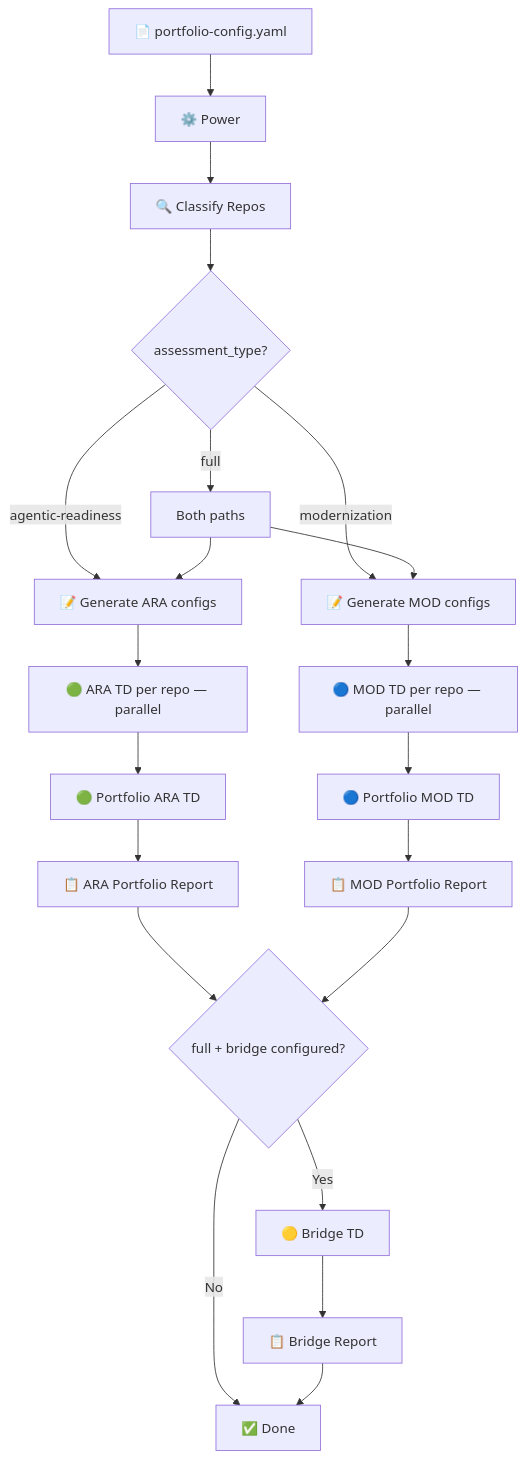
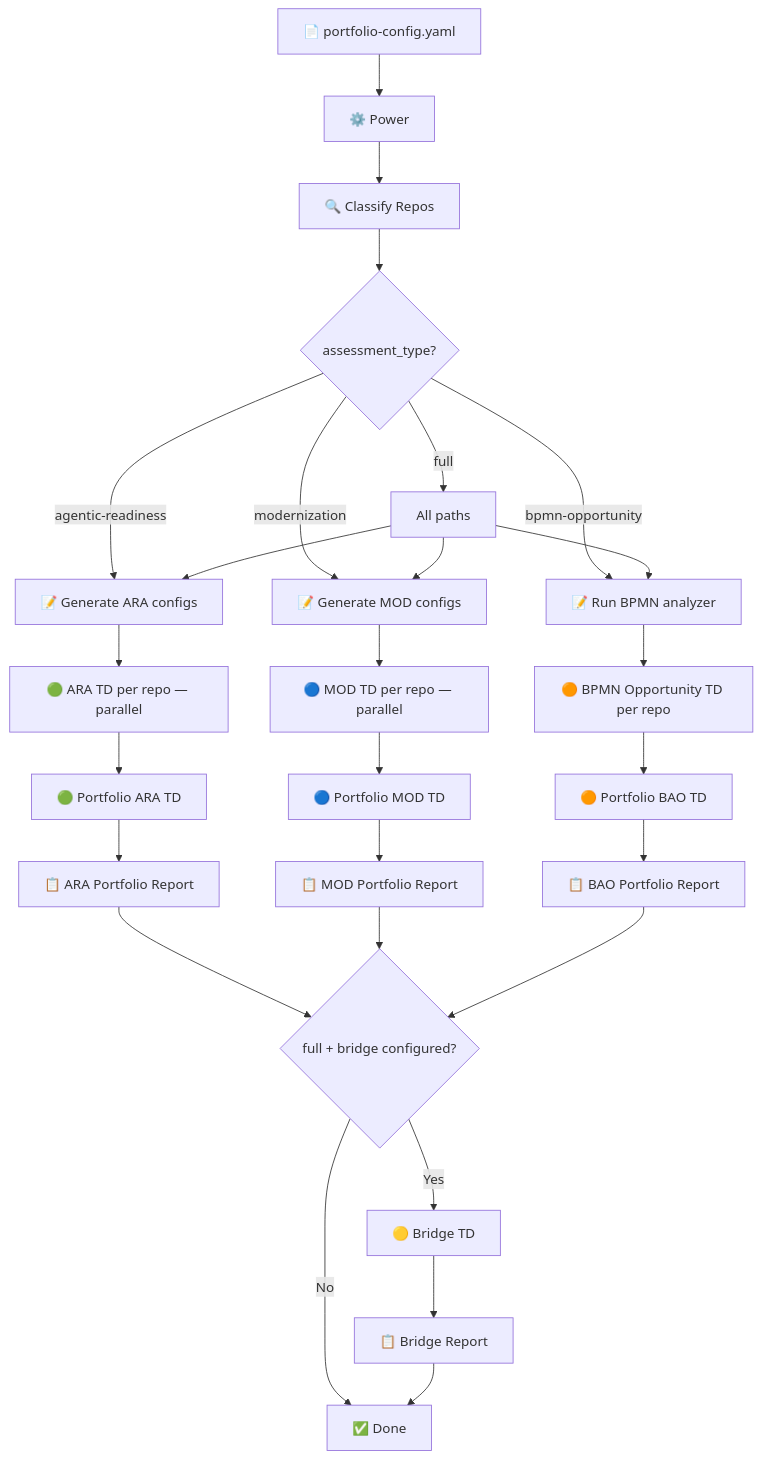
One commit to aws-samples/sample-agentic-readiness-analysis-orchestrator changed the first of 4 diagrams in README.md. Above: the diagram before and after it, drawn with Mermaid. The commit also changed other lines of this file and 68 other files, not shown here.

Commit message:
feat: add BPMN agentic opportunity assessment TD, analyzer, and orchestrator integration

````diff
--- a/README.md
+++ b/README.md
@@ -29,29 +31,35 @@
 ```mermaid
 flowchart TB
     CONFIG[📄 portfolio-config.yaml] --> POWER[⚙️ Power]
     
     POWER --> CLASSIFY[🔍 Classify Repos]
     CLASSIFY --> ROUTE{assessment_type?}
     
     ROUTE -->|agentic-readiness| A_GEN[📝 Generate ARA configs]
     ROUTE -->|modernization| M_GEN[📝 Generate MOD configs]
-    ROUTE -->|full| BOTH[Both paths]
-    BOTH --> A_GEN
-    BOTH --> M_GEN
+    ROUTE -->|bpmn-opportunity| B_GEN[📝 Run BPMN analyzer]
+    ROUTE -->|full| ALL[All paths]
+    ALL --> A_GEN
+    ALL --> M_GEN
+    ALL --> B_GEN
 
     A_GEN --> A_RUN[🟢 ARA TD per repo — parallel]
     M_GEN --> M_RUN[🔵 MOD TD per repo — parallel]
+    B_GEN --> B_RUN[🟠 BPMN Opportunity TD per repo]
 
     A_RUN --> A_PORT[🟢 Portfolio ARA TD]
     M_RUN --> M_PORT[🔵 Portfolio MOD TD]
+    B_RUN --> B_PORT[🟠 Portfolio BAO TD]
 
     A_PORT --> A_OUT[📋 ARA Portfolio Report]
     M_PORT --> M_OUT[📋 MOD Portfolio Report]
+    B_PORT --> B_OUT[📋 BAO Portfolio Report]
 
     A_OUT --> BRIDGE{full + bridge configured?}
     M_OUT --> BRIDGE
+    B_OUT --> BRIDGE
     BRIDGE -->|Yes| BRIDGE_TD[🟡 Bridge TD]
     BRIDGE_TD --> BRIDGE_OUT[📋 Bridge Report]
     BRIDGE -->|No| DONE[✅ Done]
     BRIDGE_OUT --> DONE
 ```
````
